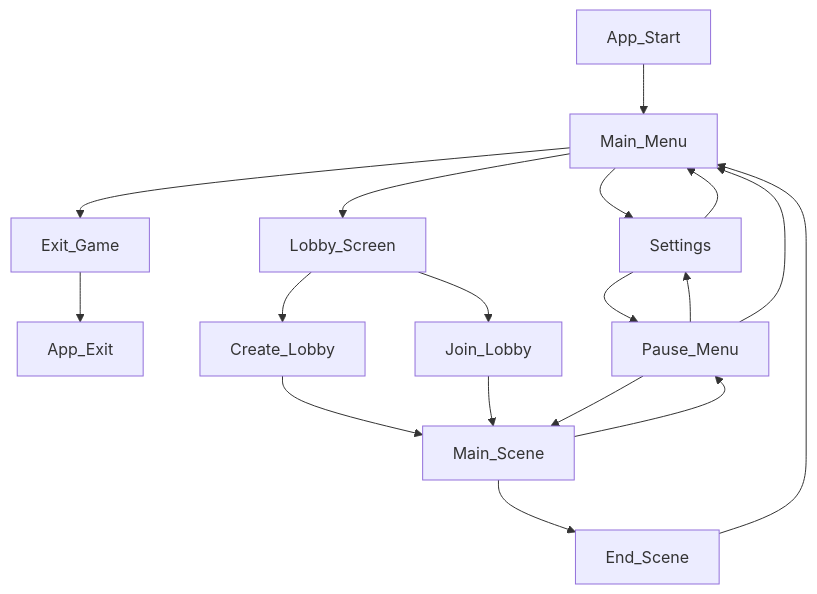
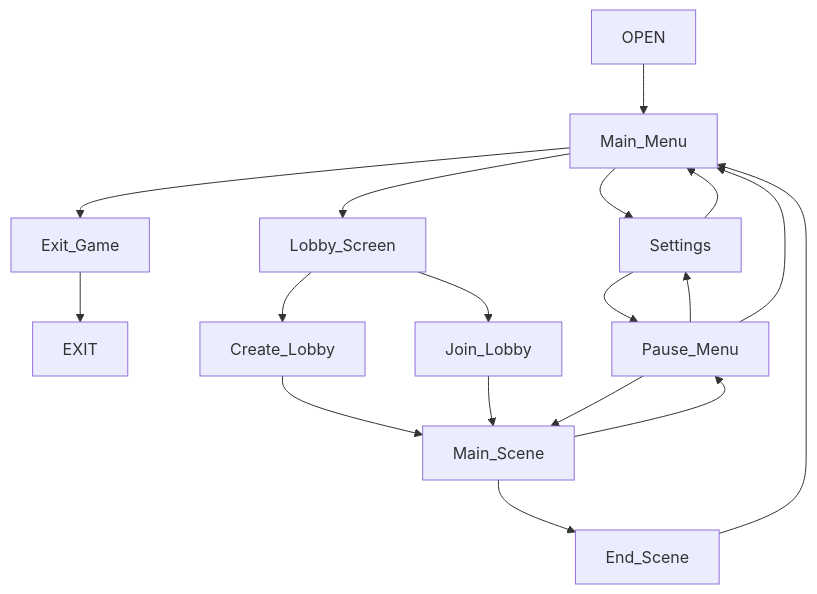
The diagram in docs/requirements/6-ui.md (overlord-supreme/checkers), drawn with Mermaid before and after one commit. The commit also changed other lines of this file, not shown here.

````diff
--- a/docs/requirements/6-ui.md
+++ b/docs/requirements/6-ui.md
@@ -338,20 +340,20 @@
 ```mermaid
 graph TD;
-     App_Start            --> Main_Menu;
+     OPEN                 --> Main_Menu;
      Main_Menu            --> Exit_Game;
      Main_Menu            --> Settings;
      Settings             --> Main_Menu;
-     Exit_Game            --> App_Exit;
+     Exit_Game            --> EXIT;
      Main_Menu            --> Lobby_Screen;
      Lobby_Screen         --> Create_Lobby;
      Lobby_Screen         --> Join_Lobby;
      Create_Lobby         --> Main_Scene;
      Join_Lobby           --> Main_Scene;
      Main_Scene           --> End_Scene;
      Main_Scene           --> Pause_Menu;
      Pause_Menu           --> Settings;
      Settings             --> Pause_Menu;
      Pause_Menu           --> Main_Menu;
      Pause_Menu           --> Main_Scene;
      End_Scene            --> Main_Menu;
 ```
````
